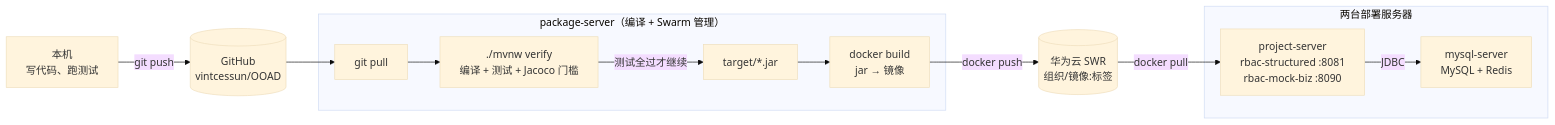
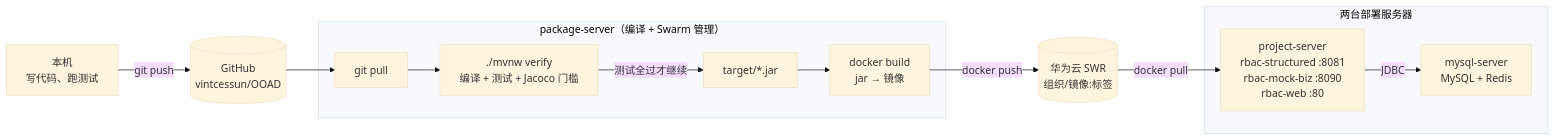
Before and after one commit to vintcessun/OOAD: the diagram in docs/13-deployment.md, drawn with Mermaid (base theme). The commit also changed other lines of this file and 9 other files, not shown here.

````diff
--- a/docs/13-deployment.md
+++ b/docs/13-deployment.md
@@ -40,17 +40,17 @@
 ```mermaid
 flowchart LR
     DEV[本机<br/>写代码、跑测试] -->|git push| GH[(GitHub<br/>vintcessun/OOAD)]
     subgraph BUILD["package-server（编译 + Swarm 管理）"]
         B1[git pull] --> B2["./mvnw verify<br/>编译 + 测试 + Jacoco 门槛"]
         B2 -->|测试全过才继续| B3["target/*.jar"]
         B3 --> B4["docker build<br/>jar → 镜像"]
     end
     B4 -->|docker push| REG[(华为云 SWR<br/>组织/镜像:标签)]
     GH --> B1
     subgraph DEPLOY["两台部署服务器"]
         D1["mysql-server<br/>MySQL + Redis"]
-        D2["project-server<br/>rbac-structured :8081<br/>rbac-mock-biz :8090"]
+        D2["project-server<br/>rbac-structured :8081<br/>rbac-mock-biz :8090<br/>rbac-web :80"]
     end
     REG -->|docker pull| D2
     D2 -->|JDBC| D1
 ```
````
